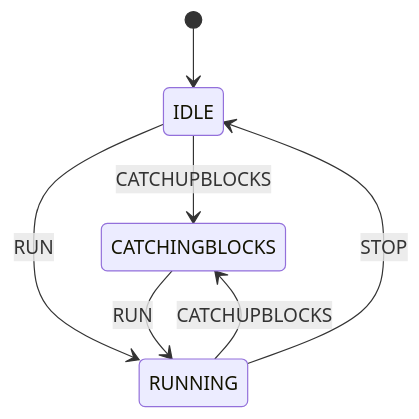
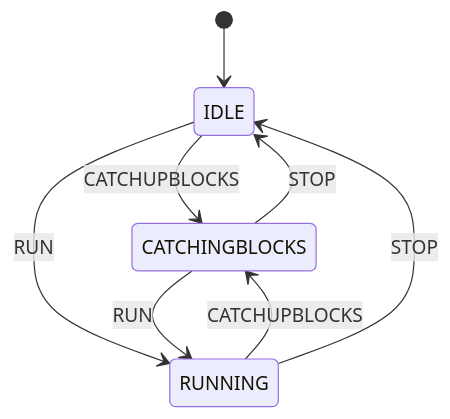
The diagram in topics/architecture/img/fsmDiagram.mermaid (icellan/teranode), drawn with Mermaid before and after one commit. The commit also changed 26 other files, not shown here.

```diff
--- a/topics/architecture/img/fsmDiagram.mermaid
+++ b/topics/architecture/img/fsmDiagram.mermaid
@@ -1,7 +1,8 @@
 stateDiagram-v2
     [*] --> IDLE
     IDLE --> CATCHINGBLOCKS: CATCHUPBLOCKS
     IDLE --> RUNNING: RUN
     RUNNING --> CATCHINGBLOCKS: CATCHUPBLOCKS
     CATCHINGBLOCKS --> RUNNING: RUN
     RUNNING --> IDLE: STOP
+    CATCHINGBLOCKS --> IDLE: STOP
```
